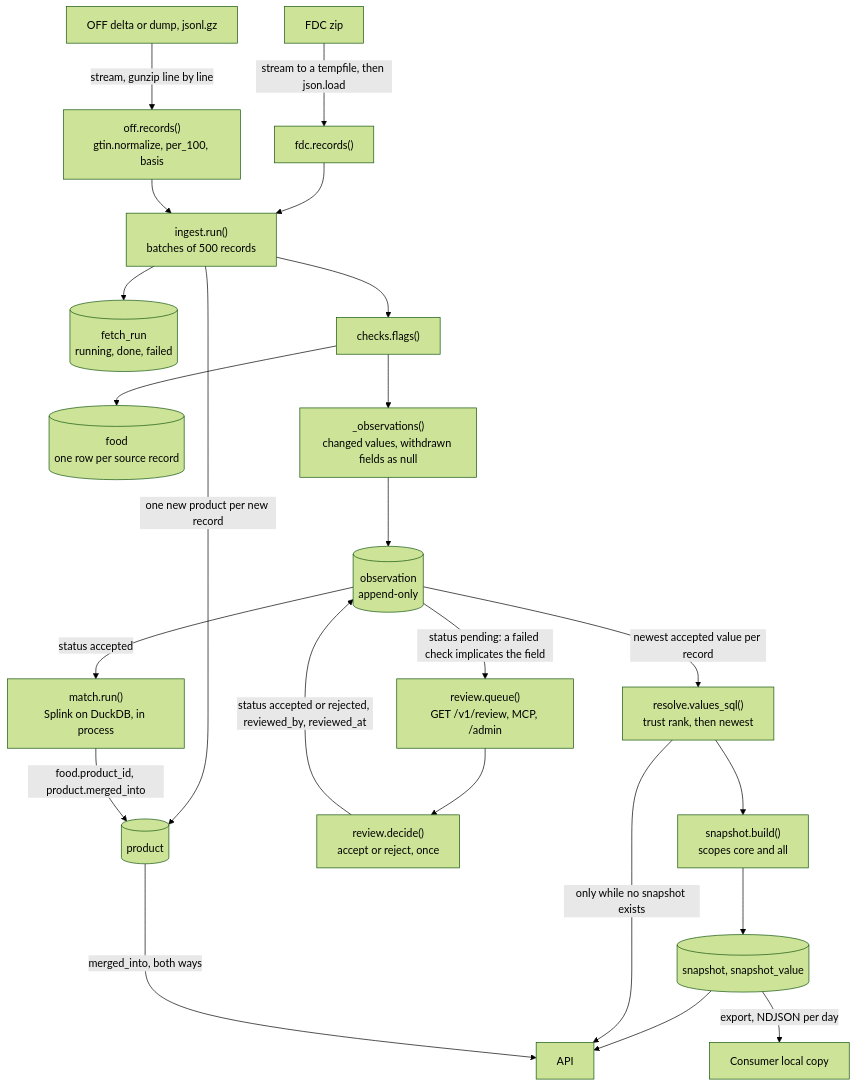
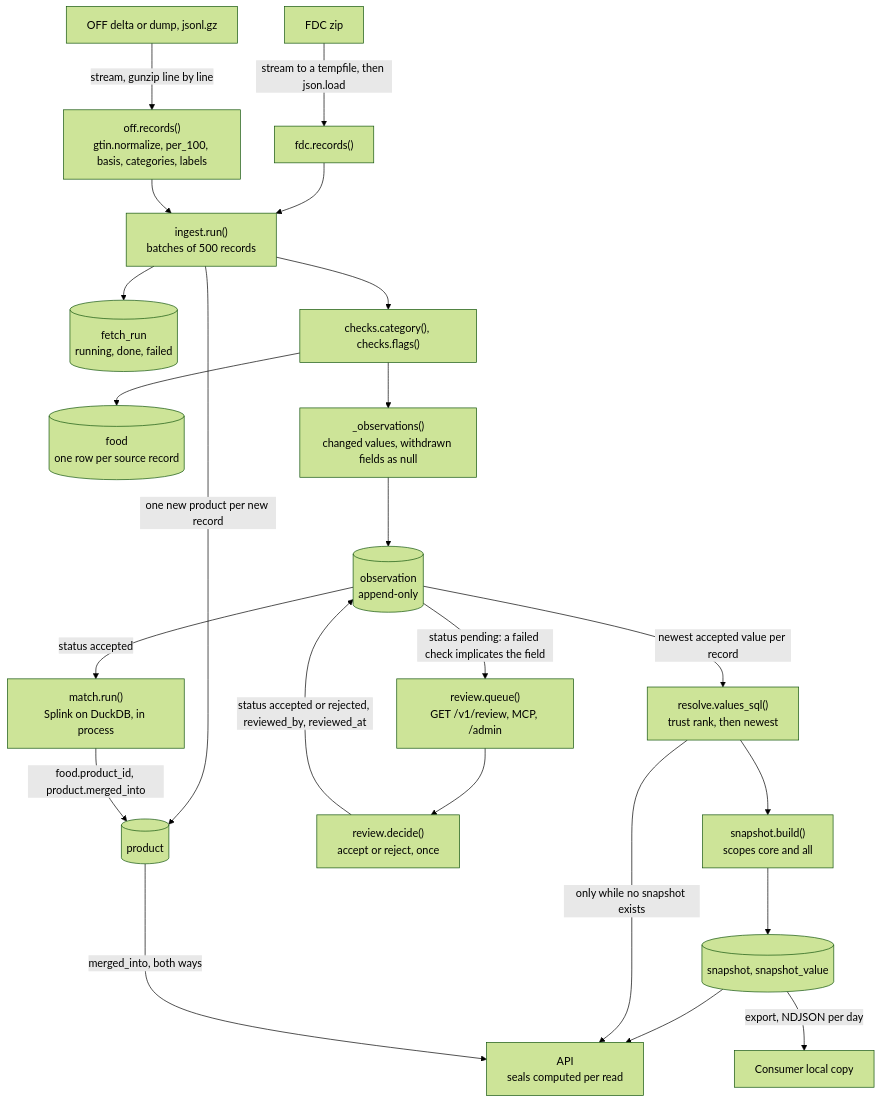
One commit to eait-fit/fooddb changed the third of 14 diagrams in docs/architecture.md. Above: the diagram before and after it, drawn with Mermaid (forest theme). The commit also changed other lines of this file and 12 other files, not shown here.

First line of the commit message:
feat: ranges per category and front-of-pack warning seals (#11) (#33)

````diff
--- a/docs/architecture.md
+++ b/docs/architecture.md
@@ -133,25 +133,25 @@
 ```mermaid
 flowchart TD
     fdcsrc["FDC zip"] -->|"stream to a tempfile, then json.load"| fdcrec["fdc.records()"]
-    offsrc["OFF delta or dump, jsonl.gz"] -->|"stream, gunzip line by line"| offrec["off.records()<br/>gtin.normalize, per_100, basis"]
+    offsrc["OFF delta or dump, jsonl.gz"] -->|"stream, gunzip line by line"| offrec["off.records()<br/>gtin.normalize, per_100, basis, categories, labels"]
     fdcrec --> run["ingest.run()<br/>batches of 500 records"]
     offrec --> run
     run --> fr[("fetch_run<br/>running, done, failed")]
     run -->|"one new product per new record"| prod[("product")]
-    run --> chk["checks.flags()"]
+    run --> chk["checks.category(), checks.flags()"]
     chk --> foodt[("food<br/>one row per source record")]
     chk --> diff["_observations()<br/>changed values, withdrawn fields as null"]
     diff --> obs[("observation<br/>append-only")]
     obs -->|"status pending: a failed check implicates the field"| queue["review.queue()<br/>GET /v1/review, MCP, /admin"]
     queue --> decide["review.decide()<br/>accept or reject, once"]
     decide -->|"status accepted or rejected, reviewed_by, reviewed_at"| obs
     obs -->|"status accepted"| match["match.run()<br/>Splink on DuckDB, in process"]
     match -->|"food.product_id, product.merged_into"| prod
     obs -->|"newest accepted value per record"| resolver["resolve.values_sql()<br/>trust rank, then newest"]
     resolver --> snap["snapshot.build()<br/>scopes core and all"]
     snap --> sv[("snapshot, snapshot_value")]
-    sv --> api["API"]
+    sv --> api["API<br/>seals computed per read"]
     sv -->|"export, NDJSON per day"| consumer["Consumer local copy"]
     resolver -->|"only while no snapshot exists"| api
     prod -->|"merged_into, both ways"| api
 ```
````
